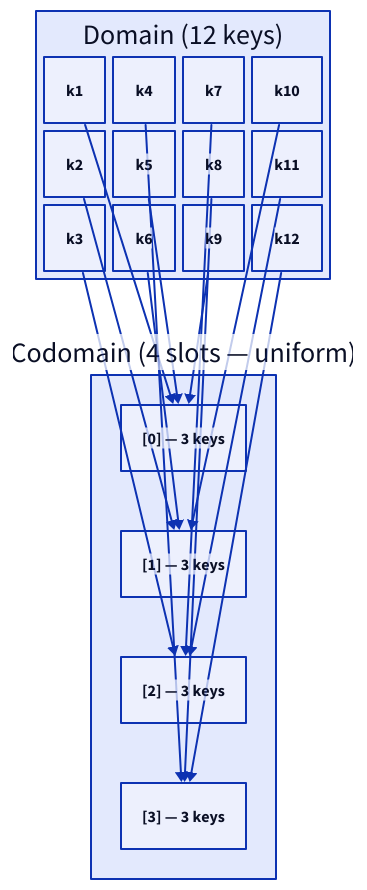
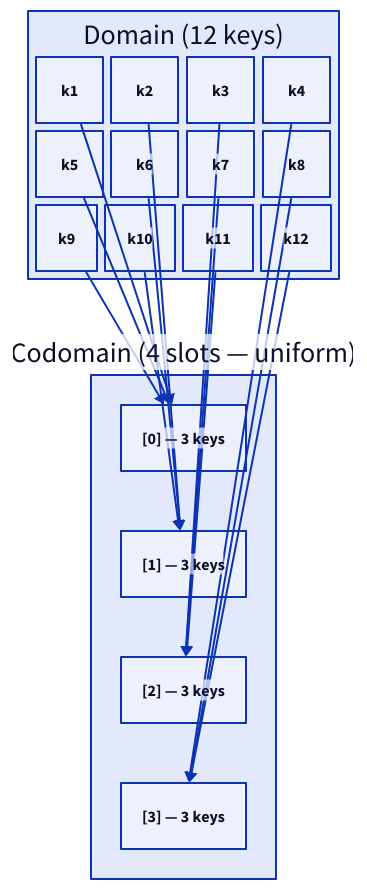
Diagram 12 of 24 in content/cortex/data-structures-and-algorithms/01-data-structures/04-hash-table/01-introduction-to-hash-tables.md (ani2fun/codefolio), drawn with D2 before and after one commit. The commit also changed other lines of this file and 352 other files, not shown here.

First line of the commit message:
Architectural deepening: pipelines, content, icons, AsyncResult

````diff
--- a/content/cortex/data-structures-and-algorithms/01-data-structures/04-hash-table/01-introduction-to-hash-tables.md
+++ b/content/cortex/data-structures-and-algorithms/01-data-structures/04-hash-table/01-introduction-to-hash-tables.md
@@ -419,40 +415,40 @@
 ```d2
 direction: right
 
 keys: Domain (12 keys) {
-  grid-columns: 4
+  grid-rows: 3
   grid-gap: 8
   k1: k1
   k2: k2
   k3: k3
   k4: k4
   k5: k5
   k6: k6
   k7: k7
   k8: k8
   k9: k9
   k10: k10
   k11: k11
   k12: k12
 }
 
 slots: Codomain (4 slots — uniform) {
   s0: "[0] — 3 keys"
   s1: "[1] — 3 keys"
   s2: "[2] — 3 keys"
   s3: "[3] — 3 keys"
 }
 
 keys.k1 -> slots.s0
 keys.k2 -> slots.s1
 keys.k3 -> slots.s2
 keys.k4 -> slots.s3
 keys.k5 -> slots.s0
 keys.k6 -> slots.s1
 keys.k7 -> slots.s2
 keys.k8 -> slots.s3
 keys.k9 -> slots.s0
 keys.k10 -> slots.s1
 keys.k11 -> slots.s2
 keys.k12 -> slots.s3
 ```
````
